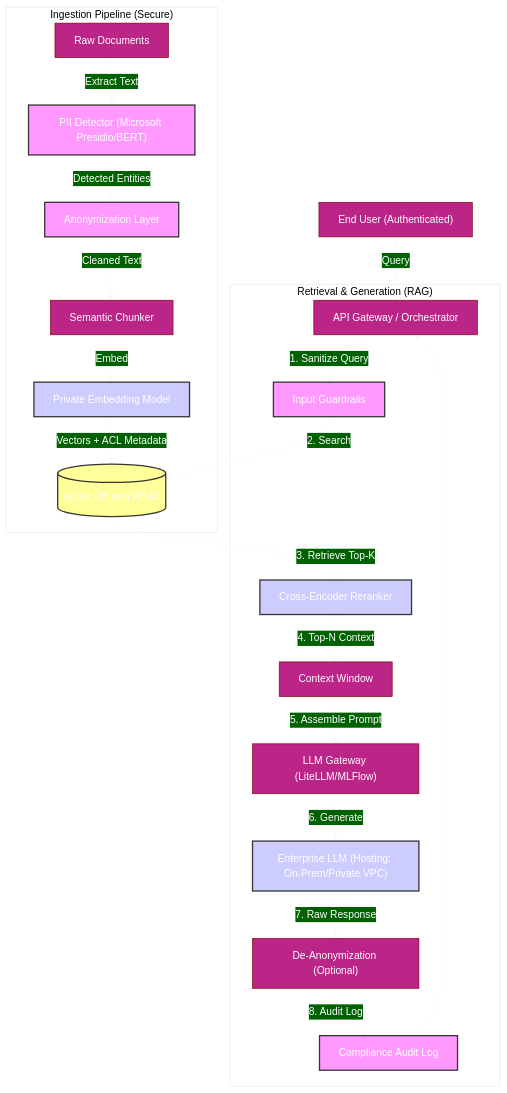
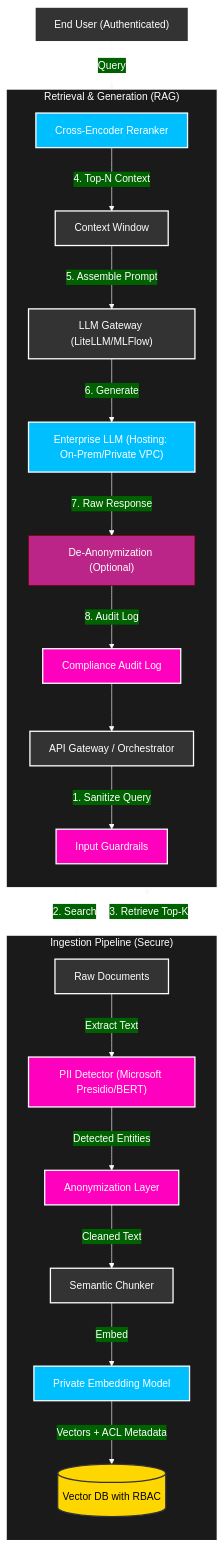
Before and after one commit to premkumarkora/Secure-Enterprise-RAG-Framework: the diagram in README.md, drawn with Mermaid.

````diff
--- a/README.md
+++ b/README.md
@@ -12,52 +12,61 @@
 ```mermaid
 %%{
   init: {
     'theme': 'base',
     'themeVariables': {
       'primaryColor': '#BB2588',
       'primaryTextColor': '#fff',
       'primaryBorderColor': '#7C0000',
       'lineColor': '#F8F9FA',
       'secondaryColor': '#006100',
       'tertiaryColor': '#fff'
     }
   }
 }%%
 
 graph TD
-    %% Styling Definitions
-    classDef security fill:#f9f,stroke:#333,stroke-width:2px;
-    classDef ai fill:#ccf,stroke:#333,stroke-width:2px;
-    classDef db fill:#ff9,stroke:#333,stroke-width:2px;
+    %% --- Node Styles ---
+    classDef security fill:#ff00bf,stroke:#fff,stroke-width:2px,color:#fff;
+    classDef ai fill:#00bfff,stroke:#fff,stroke-width:2px,color:#fff;
+    classDef db fill:#ffd700,stroke:#333,stroke-width:2px,color:#000;
+    classDef standard fill:#333,stroke:#fff,stroke-width:2px,color:#fff;
 
-    %% Nodes with Quotes to fix the error
-    User["End User (Authenticated)"] -->|Query| API["API Gateway / Orchestrator"]
+    %% --- External Nodes ---
+    User["End User (Authenticated)"]:::standard -->|Query| API["API Gateway / Orchestrator"]:::standard
     
-    subgraph "Ingestion Pipeline (Secure)"
-        Docs["Raw Documents"] -->|Extract Text| PII_Scan["PII Detector (Microsoft Presidio/BERT)"]
+    %% --- Subgraph 1: Ingestion ---
+    subgraph Ingestion ["Ingestion Pipeline (Secure)"]
+        direction TB
+        Docs["Raw Documents"]:::standard -->|Extract Text| PII_Scan["PII Detector (Microsoft Presidio/BERT)"]
         PII_Scan -->|Detected Entities| PII_Mask["Anonymization Layer"]
-        PII_Mask -->|Cleaned Text| Chunker["Semantic Chunker"]
+        PII_Mask -->|Cleaned Text| Chunker["Semantic Chunker"]:::standard
         Chunker -->|Embed| Embedding_Model["Private Embedding Model"]
         Embedding_Model -->|Vectors + ACL Metadata| VectorDB[("Vector DB with RBAC")]
     end
-
-    subgraph "Retrieval & Generation (RAG)"
+    
+    %% --- Subgraph 2: RAG Loop ---
+    subgraph RAG ["Retrieval & Generation (RAG)"]
+        direction TB
         API -->|1. Sanitize Query| Guardrail_Input["Input Guardrails"]
         Guardrail_Input -->|2. Search| VectorDB
         VectorDB -->|3. Retrieve Top-K| ReRanker["Cross-Encoder Reranker"]
-        ReRanker -->|4. Top-N Context| Context_Window["Context Window"]
+        ReRanker -->|4. Top-N Context| Context_Window["Context Window"]:::standard
         
-        Context_Window -->|5. Assemble Prompt| LLM_Gateway["LLM Gateway (LiteLLM/MLFlow)"]
+        Context_Window -->|5. Assemble Prompt| LLM_Gateway["LLM Gateway (LiteLLM/MLFlow)"]:::standard
         LLM_Gateway -->|6. Generate| LLM["Enterprise LLM (Hosting: On-Prem/Private VPC)"]
         
         LLM -->|7. Raw Response| PII_Deanonymize["De-Anonymization (Optional)"]
         PII_Deanonymize -->|8. Audit Log| Audit["Compliance Audit Log"]
     end
 
     Audit --> API
     
-    %% Apply Styles
+    %% --- Apply Specific Node Colors ---
     class PII_Scan,PII_Mask,Guardrail_Input,Audit security;
     class LLM,Embedding_Model,ReRanker ai;
     class VectorDB db;
+    
+    %% --- FORCE DARK MODE FOR SUBGRAPHS ---
+    style Ingestion fill:#1a1a1a,stroke:#fff,stroke-width:2px,color:#fff
+    style RAG fill:#1a1a1a,stroke:#fff,stroke-width:2px,color:#fff
 ```
````
